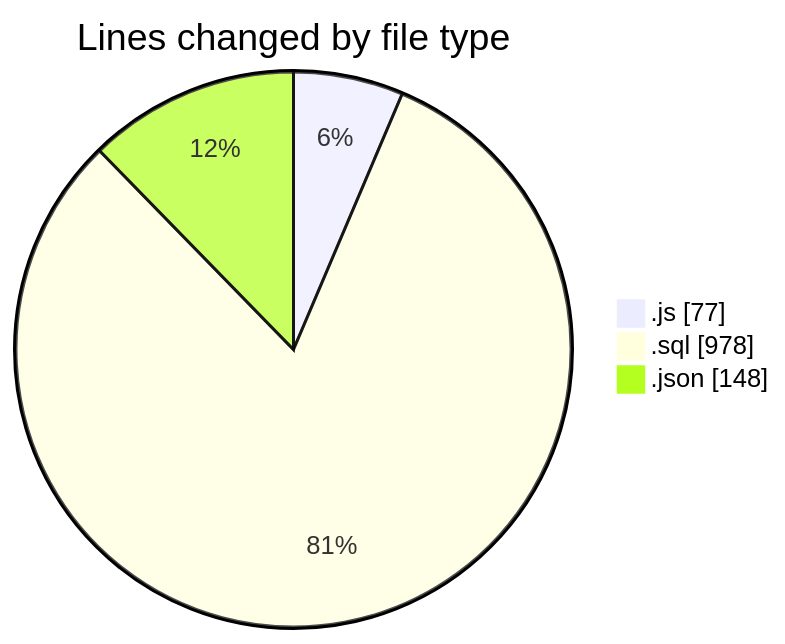
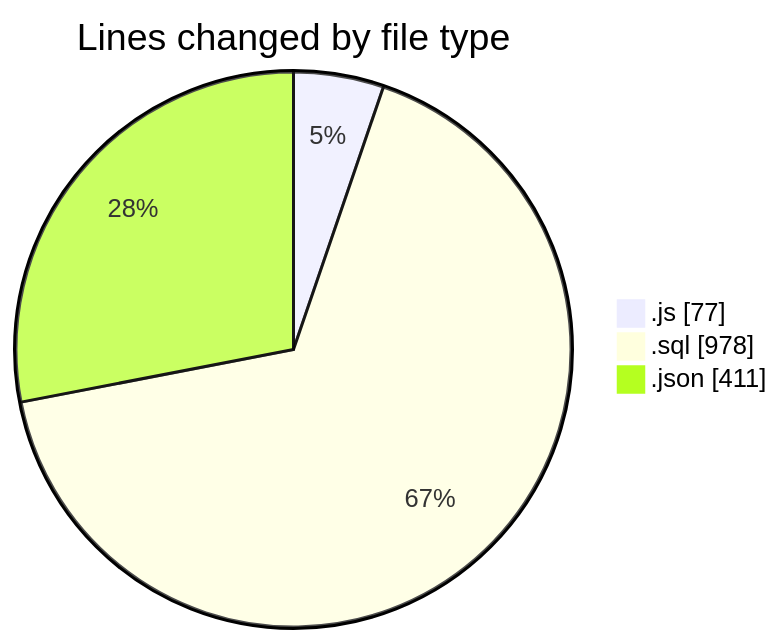
Before and after one commit to momahboobian/code-tracking: the first of 2 diagrams in 2026-05-20/cda/README.md, drawn with Mermaid. The commit also changed other lines of this file and 1 other file, not shown here.

````diff
--- a/2026-05-20/cda/README.md
+++ b/2026-05-20/cda/README.md
@@ -24,7 +25,7 @@
 ```mermaid
 pie showData
 title Lines changed by file type
 ".js" : 77
 ".sql" : 978
-".json" : 148
+".json" : 411
 ```
````
